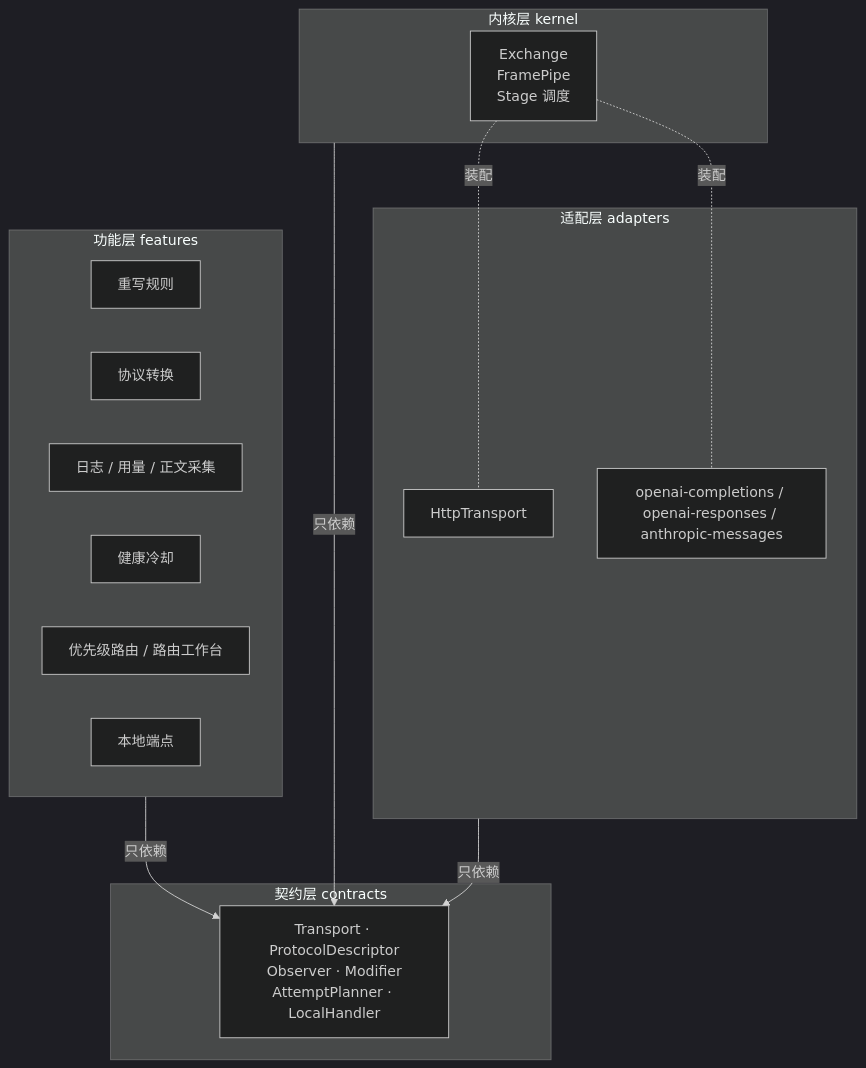
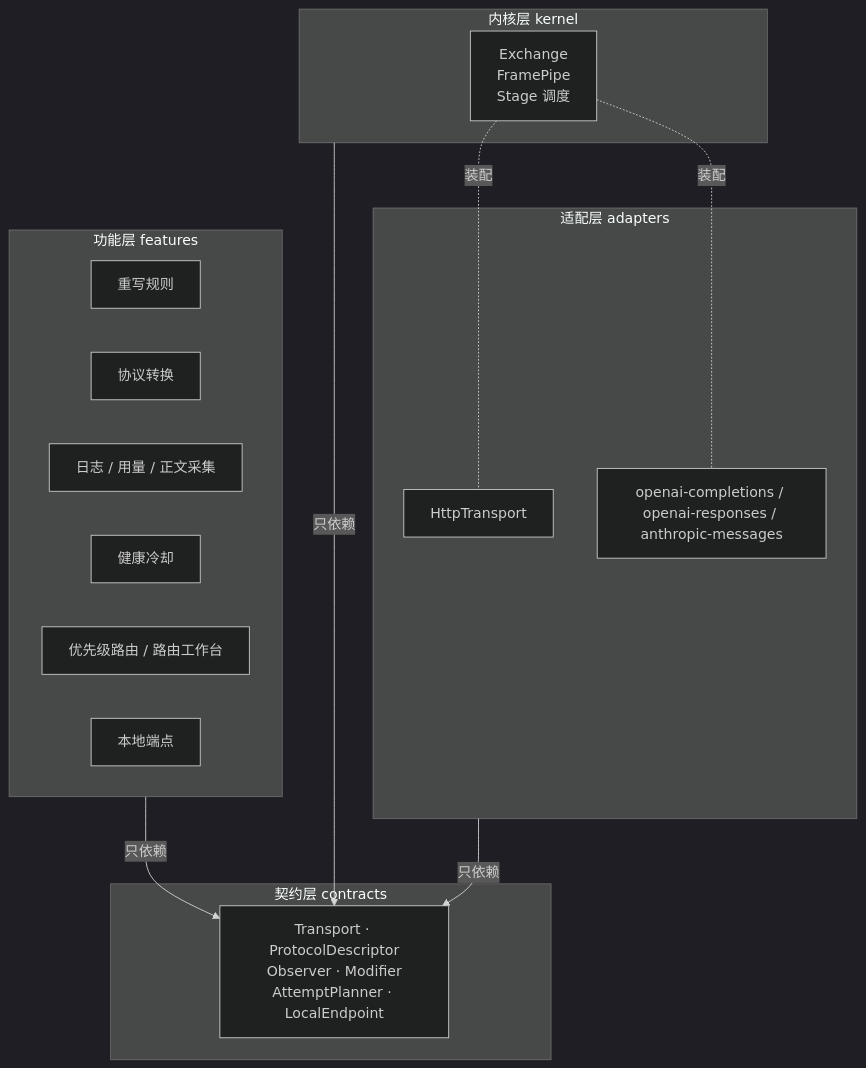
Before and after one commit to yinxulai/osw: the first of 3 diagrams in docs/product/proxy-engine.md, drawn with Mermaid (dark theme). The commit also changed other lines of this file and 43 other files, not shown here.

````diff
--- a/docs/product/proxy-engine.md
+++ b/docs/product/proxy-engine.md
@@ -111,26 +141,26 @@
 ```mermaid
 flowchart TD
   subgraph L4[功能层 features]
     F1[重写规则]
     F2[协议转换]
     F3[日志 / 用量 / 正文采集]
     F4[健康冷却]
     F5[优先级路由 / 路由工作台]
     F6[本地端点]
   end
   subgraph L3[内核层 kernel]
     K[Exchange<br/>FramePipe<br/>Stage 调度]
   end
   subgraph L2[契约层 contracts]
-    C[Transport · ProtocolDescriptor<br/>Observer · Modifier<br/>AttemptPlanner · LocalHandler]
+    C[Transport · ProtocolDescriptor<br/>Observer · Modifier<br/>AttemptPlanner · LocalEndpoint]
   end
   subgraph L1[适配层 adapters]
     A1[HttpTransport]
     A3[openai-completions / openai-responses / anthropic-messages]
   end
   L4 -->|只依赖| C
   L3 -->|只依赖| C
   L1 -->|只依赖| C
   K -.装配.- A3
   K -.装配.- A1
 ```
````
